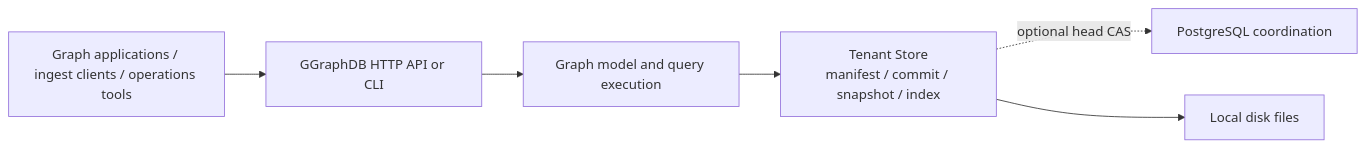
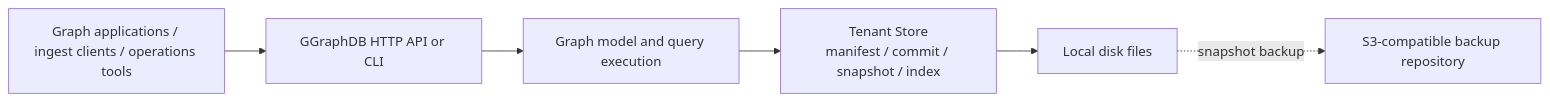
One commit to SamuelSupe/graphdb changed the diagram in docs/database-introduction.md. Above: the diagram before and after it, drawn with Mermaid. The commit also changed other lines of this file and 443 other files, not shown here.

Commit message:
feat: prepare local-disk GraphDB 2.0 with sharded graph updates

````diff
--- a/docs/database-introduction.md
+++ b/docs/database-introduction.md
@@ -93,8 +88,8 @@
 ```mermaid
 flowchart LR
   Client["Graph applications / ingest clients / operations tools"] --> API["GGraphDB HTTP API or CLI"]
   API --> Graph["Graph model and query execution"]
   Graph --> Store["Tenant Store\nmanifest / commit / snapshot / index"]
-  Store -. optional head CAS .-> PG["PostgreSQL coordination"]
   Store --> Object["Local disk files"]
+  Object -. snapshot backup .-> S3["S3-compatible backup repository"]
 ```
````
